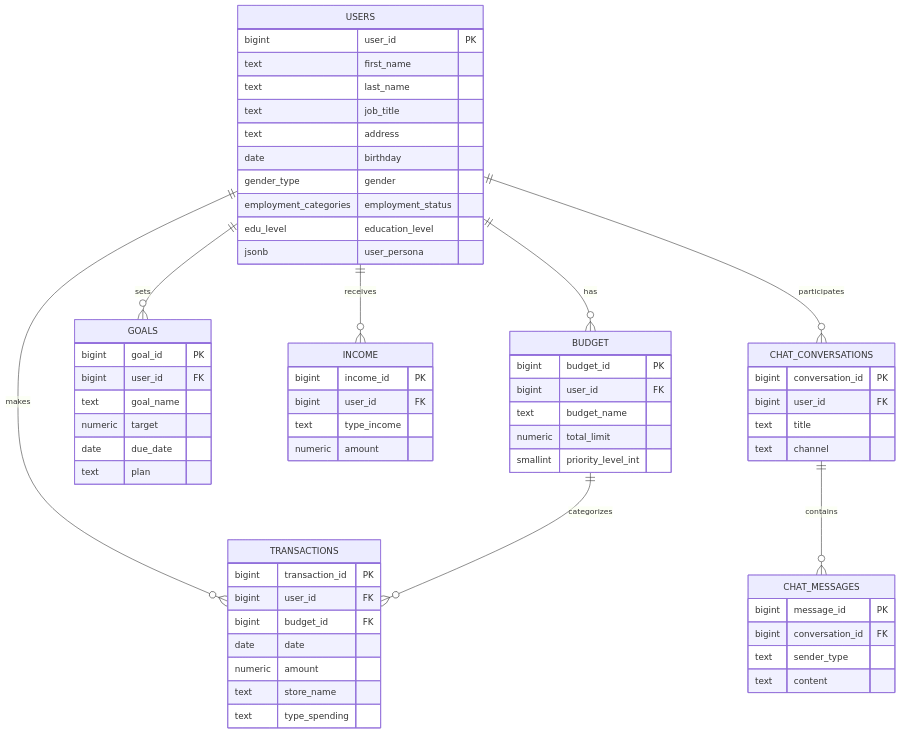
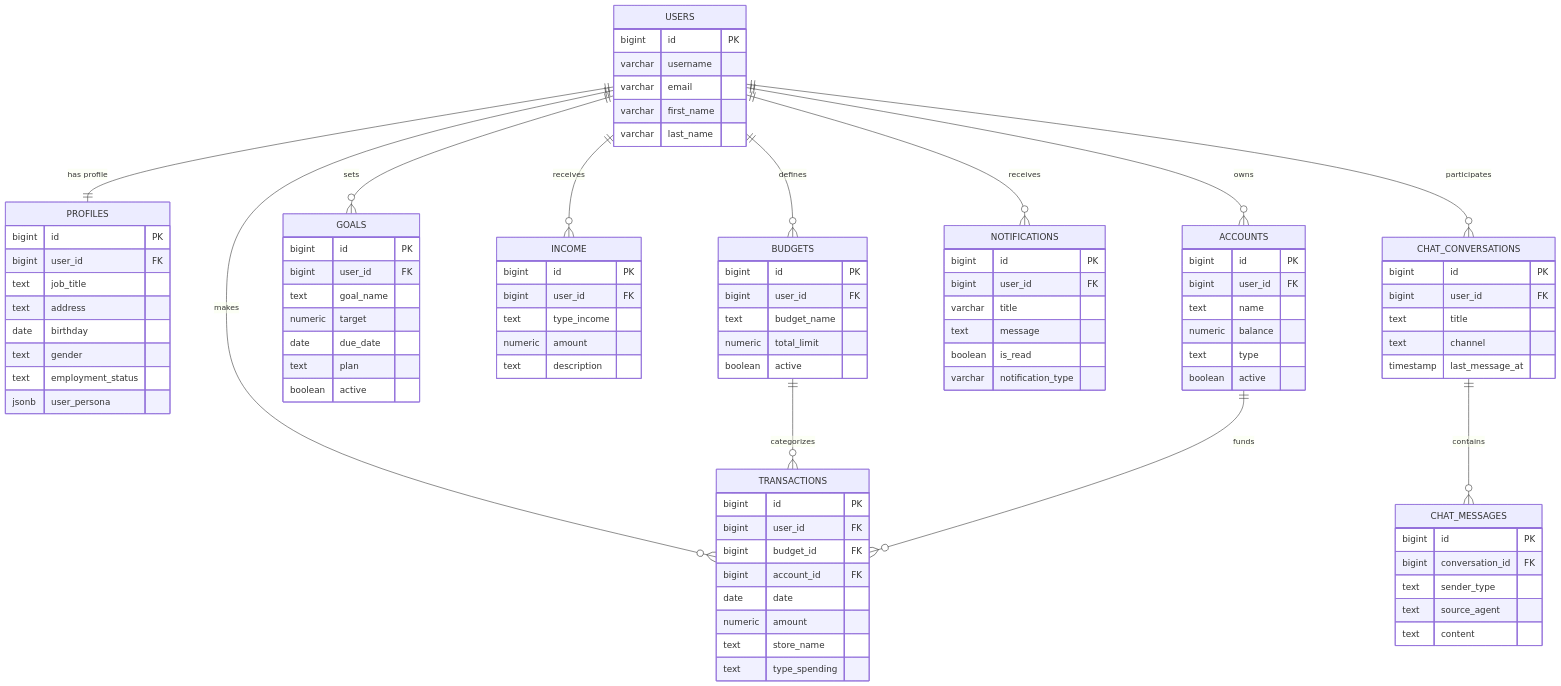
Before and after one commit to Apo-Eclipse/Grad: the third of 3 diagrams in README.md, drawn with Mermaid. The commit also changed other lines of this file and 9 other files, not shown here.

````diff
--- a/README.md
+++ b/README.md
@@ -127,65 +161,95 @@
 ```mermaid
 erDiagram
-    USERS ||--o{ BUDGET : has
-    USERS ||--o{ GOALS : sets
-    USERS ||--o{ INCOME : receives
-    USERS ||--o{ TRANSACTIONS : makes
-    USERS ||--o{ CHAT_CONVERSATIONS : participates
-    BUDGET ||--o{ TRANSACTIONS : categorizes
-    CHAT_CONVERSATIONS ||--o{ CHAT_MESSAGES : contains
+    USERS ||--|| PROFILES : "has profile"
+    USERS ||--o{ BUDGETS : "defines"
+    USERS ||--o{ GOALS : "sets"
+    USERS ||--o{ INCOME : "receives"
+    USERS ||--o{ TRANSACTIONS : "makes"
+    USERS ||--o{ ACCOUNTS : "owns"
+    USERS ||--o{ NOTIFICATIONS : "receives"
+    USERS ||--o{ CHAT_CONVERSATIONS : "participates"
+    BUDGETS ||--o{ TRANSACTIONS : "categorizes"
+    ACCOUNTS ||--o{ TRANSACTIONS : "funds"
+    CHAT_CONVERSATIONS ||--o{ CHAT_MESSAGES : "contains"
 
     USERS {
-        bigint user_id PK
-        text first_name
-        text last_name
+        bigint id PK
+        varchar username
+        varchar email
+        varchar first_name
+        varchar last_name
+    }
+    PROFILES {
+        bigint id PK
+        bigint user_id FK
         text job_title
         text address
         date birthday
-        gender_type gender
-        employment_categories employment_status
-        edu_level education_level
+        text gender
+        text employment_status
         jsonb user_persona
     }
-    BUDGET {
-        bigint budget_id PK
+    BUDGETS {
+        bigint id PK
         bigint user_id FK
         text budget_name
         numeric total_limit
-        smallint priority_level_int
+        boolean active
     }
     GOALS {
-        bigint goal_id PK
+        bigint id PK
         bigint user_id FK
         text goal_name
         numeric target
         date due_date
         text plan
+        boolean active
     }
     INCOME {
-        bigint income_id PK
+        bigint id PK
         bigint user_id FK
         text type_income
         numeric amount
+        text description
     }
     TRANSACTIONS {
-        bigint transaction_id PK
+        bigint id PK
         bigint user_id FK
         bigint budget_id FK
+        bigint account_id FK
         date date
         numeric amount
         text store_name
         text type_spending
     }
+    ACCOUNTS {
+        bigint id PK
+        bigint user_id FK
+        text name
+        numeric balance
+        text type
+        boolean active
+    }
+    NOTIFICATIONS {
+        bigint id PK
+        bigint user_id FK
+        varchar title
+        text message
+        boolean is_read
+        varchar notification_type
+    }
     CHAT_CONVERSATIONS {
-        bigint conversation_id PK
+        bigint id PK
         bigint user_id FK
         text title
         text channel
+        timestamp last_message_at
     }
     CHAT_MESSAGES {
-        bigint message_id PK
+        bigint id PK
         bigint conversation_id FK
         text sender_type
+        text source_agent
         text content
     }
 ```
````
